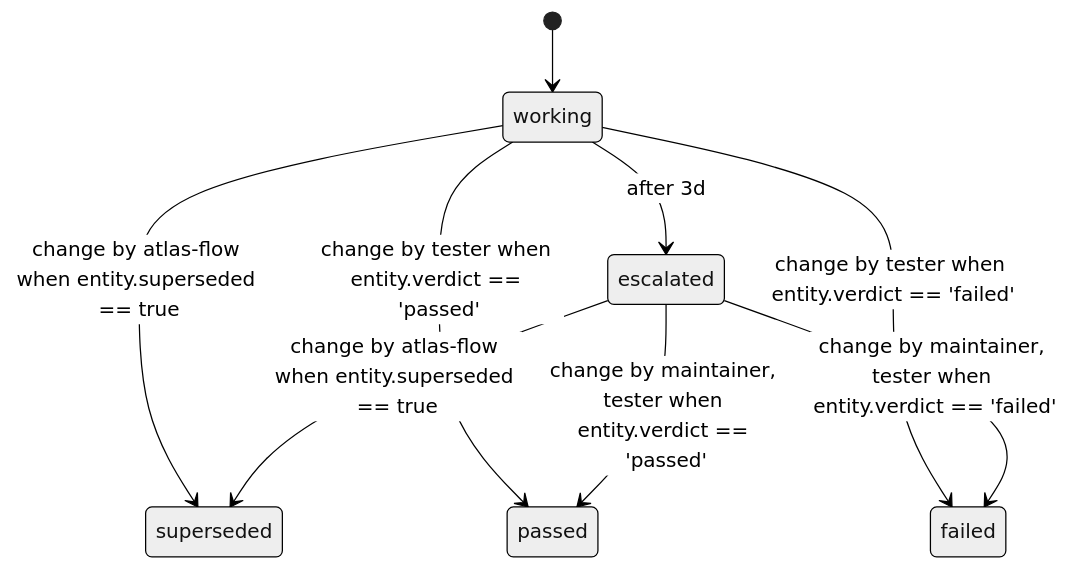
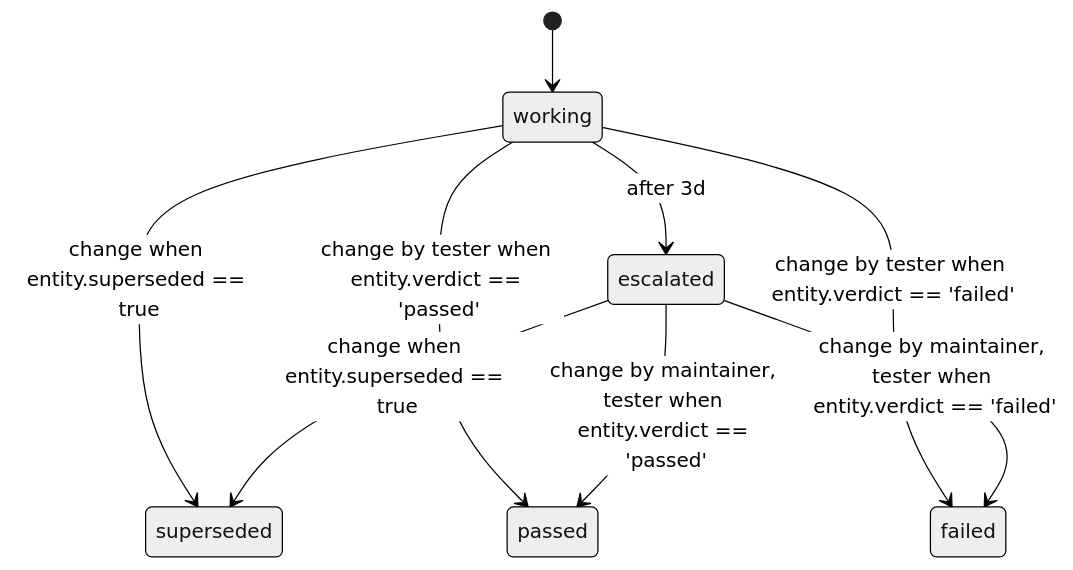
The diagram in model/targets/diagrams/pr_test.md (mimbre/atlas), drawn with Mermaid (neutral theme) before and after one commit. The commit also changed other lines of this file and 27 other files, not shown here.

````diff
--- a/model/targets/diagrams/pr_test.md
+++ b/model/targets/diagrams/pr_test.md
@@ -6,16 +6,16 @@
 ```mermaid
 stateDiagram-v2
     state "working" as s0
     state "superseded" as s1
     state "passed" as s2
     state "failed" as s3
     state "escalated" as s4
     [*] --> s0
-    s0 --> s1: change by atlas-flow when entity.superseded == true
+    s0 --> s1: change when entity.superseded == true
     s0 --> s2: change by tester when entity.verdict == 'passed'
     s0 --> s3: change by tester when entity.verdict == 'failed'
     s0 --> s4: after 3d
-    s4 --> s1: change by atlas-flow when entity.superseded == true
+    s4 --> s1: change when entity.superseded == true
     s4 --> s2: change by maintainer, tester when entity.verdict == 'passed'
     s4 --> s3: change by maintainer, tester when entity.verdict == 'failed'
 ```
````
